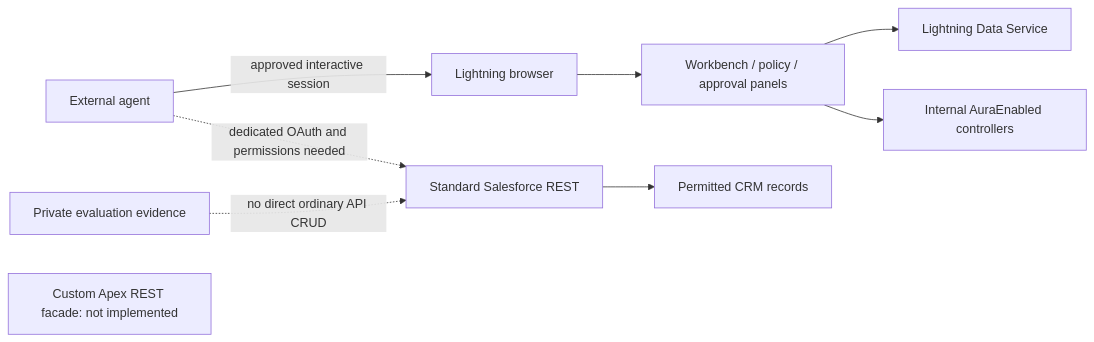
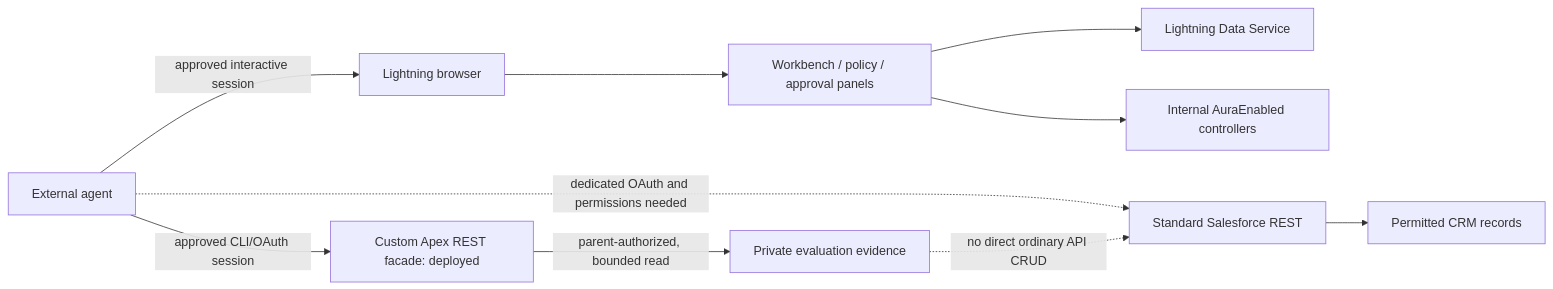
The third of 3 diagrams in strategic-deal-assurance/docs/application-knowledge-graph.md (neelriseai/SalesforceAgentApp), drawn with Mermaid before and after one commit. The commit also changed other lines of this file and 8 other files, not shown here.

````diff
--- a/strategic-deal-assurance/docs/application-knowledge-graph.md
+++ b/strategic-deal-assurance/docs/application-knowledge-graph.md
@@ -65,11 +65,12 @@
 ```mermaid
 flowchart LR
   AGENT[External agent] -->|approved interactive session| B[Lightning browser]
   B --> W[Workbench / policy / approval panels]
   W --> LDS[Lightning Data Service]
   W --> AURA[Internal AuraEnabled controllers]
   AGENT -. dedicated OAuth and permissions needed .-> REST[Standard Salesforce REST]
   REST --> CRM[Permitted CRM records]
   EVID[Private evaluation evidence] -. no direct ordinary API CRUD .-> REST
-  CUSTOM[Custom Apex REST facade: not implemented]
+  AGENT -->|approved CLI/OAuth session| CUSTOM[Custom Apex REST facade: deployed]
+  CUSTOM -->|parent-authorized, bounded read| EVID
 ```
````
